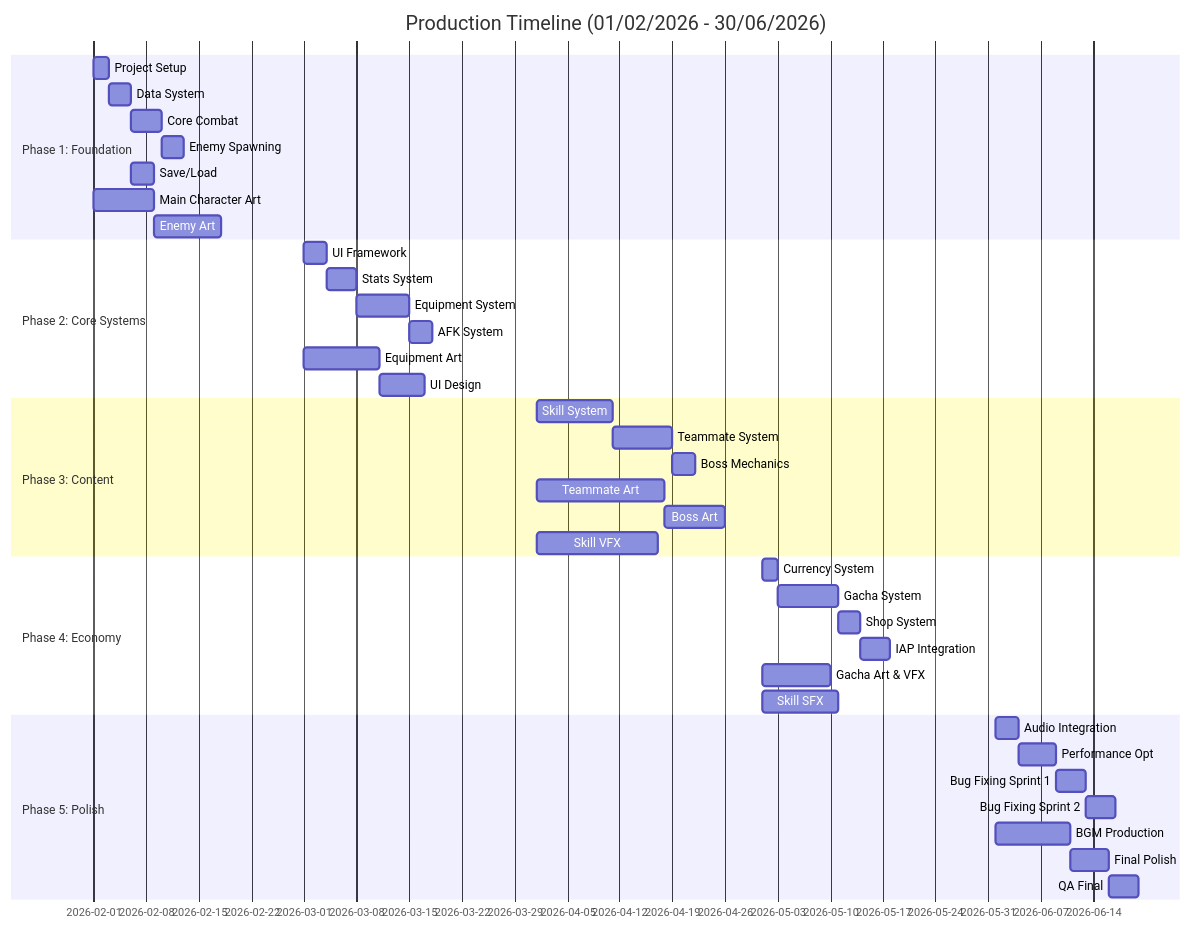
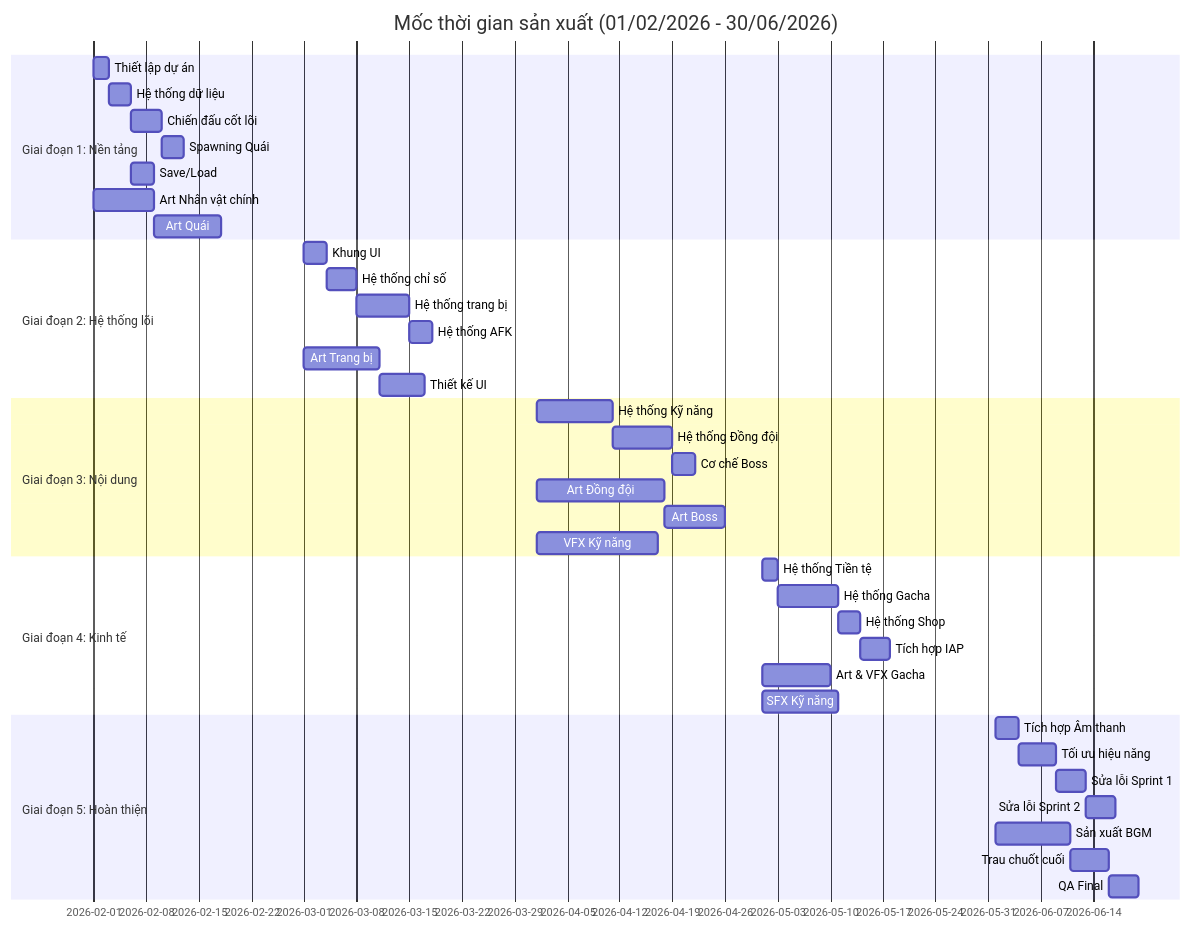
One commit to luantran-working/idlegame-designdocs changed the first of 2 diagrams in docs/plan-timelines/tong-quan.md. Above: the diagram before and after it, drawn with Mermaid. The commit also changed other lines of this file and 9 other files, not shown here.

Commit message:
docs: Add initial project design documentation, including a detailed roadmap and specific timeline plans for various development aspects.

````diff
--- a/docs/plan-timelines/tong-quan.md
+++ b/docs/plan-timelines/tong-quan.md
@@ -90,47 +90,47 @@
 ```mermaid
 gantt
-    title Production Timeline (01/02/2026 - 30/06/2026)
+    title Mốc thời gian sản xuất (01/02/2026 - 30/06/2026)
     dateFormat YYYY-MM-DD
 
-    section Phase 1: Foundation
-    Project Setup           :p1a, 2026-02-01, 2d
-    Data System             :p1b, after p1a, 3d
-    Core Combat             :p1c, after p1b, 4d
-    Enemy Spawning          :p1d, after p1c, 3d
+    section Giai đoạn 1: Nền tảng
+    Thiết lập dự án         :p1a, 2026-02-01, 2d
+    Hệ thống dữ liệu        :p1b, after p1a, 3d
+    Chiến đấu cốt lõi       :p1c, after p1b, 4d
+    Spawning Quái           :p1d, after p1c, 3d
     Save/Load               :p1e, after p1b, 3d
-    Main Character Art      :p1f, 2026-02-01, 8d
-    Enemy Art               :p1g, after p1f, 9d
+    Art Nhân vật chính      :p1f, 2026-02-01, 8d
+    Art Quái                :p1g, after p1f, 9d
 
-    section Phase 2: Core Systems
-    UI Framework            :p2a, 2026-03-01, 3d
-    Stats System            :p2b, after p2a, 4d
-    Equipment System        :p2c, after p2b, 7d
-    AFK System              :p2d, after p2c, 3d
-    Equipment Art           :p2e, 2026-03-01, 10d
-    UI Design               :p2f, after p2e, 6d
+    section Giai đoạn 2: Hệ thống lõi
+    Khung UI                :p2a, 2026-03-01, 3d
+    Hệ thống chỉ số         :p2b, after p2a, 4d
+    Hệ thống trang bị       :p2c, after p2b, 7d
+    Hệ thống AFK            :p2d, after p2c, 3d
+    Art Trang bị            :p2e, 2026-03-01, 10d
+    Thiết kế UI             :p2f, after p2e, 6d
 
-    section Phase 3: Content
-    Skill System            :p3a, 2026-04-01, 10d
-    Teammate System         :p3b, after p3a, 8d
-    Boss Mechanics          :p3c, after p3b, 3d
-    Teammate Art            :p3d, 2026-04-01, 17d
-    Boss Art                :p3e, after p3d, 8d
-    Skill VFX               :p3f, 2026-04-01, 16d
+    section Giai đoạn 3: Nội dung
+    Hệ thống Kỹ năng        :p3a, 2026-04-01, 10d
+    Hệ thống Đồng đội       :p3b, after p3a, 8d
+    Cơ chế Boss             :p3c, after p3b, 3d
+    Art Đồng đội            :p3d, 2026-04-01, 17d
+    Art Boss                :p3e, after p3d, 8d
+    VFX Kỹ năng             :p3f, 2026-04-01, 16d
 
-    section Phase 4: Economy
-    Currency System         :p4a, 2026-05-01, 2d
-    Gacha System            :p4b, after p4a, 8d
-    Shop System             :p4c, after p4b, 3d
-    IAP Integration         :p4d, after p4c, 4d
-    Gacha Art & VFX         :p4e, 2026-05-01, 9d
-    Skill SFX               :p4f, 2026-05-01, 10d
+    section Giai đoạn 4: Kinh tế
+    Hệ thống Tiền tệ        :p4a, 2026-05-01, 2d
+    Hệ thống Gacha          :p4b, after p4a, 8d
+    Hệ thống Shop           :p4c, after p4b, 3d
+    Tích hợp IAP            :p4d, after p4c, 4d
+    Art & VFX Gacha         :p4e, 2026-05-01, 9d
+    SFX Kỹ năng             :p4f, 2026-05-01, 10d
 
-    section Phase 5: Polish
-    Audio Integration       :p5a, 2026-06-01, 3d
-    Performance Opt         :p5b, after p5a, 5d
-    Bug Fixing Sprint 1     :p5c, after p5b, 4d
-    Bug Fixing Sprint 2     :p5d, after p5c, 4d
-    BGM Production          :p5e, 2026-06-01, 10d
-    Final Polish            :p5f, after p5e, 5d
+    section Giai đoạn 5: Hoàn thiện
+    Tích hợp Âm thanh       :p5a, 2026-06-01, 3d
+    Tối ưu hiệu năng        :p5b, after p5a, 5d
+    Sửa lỗi Sprint 1        :p5c, after p5b, 4d
+    Sửa lỗi Sprint 2        :p5d, after p5c, 4d
+    Sản xuất BGM            :p5e, 2026-06-01, 10d
+    Trau chuốt cuối         :p5f, after p5e, 5d
     QA Final                :p5g, after p5f, 4d
 ```
````
